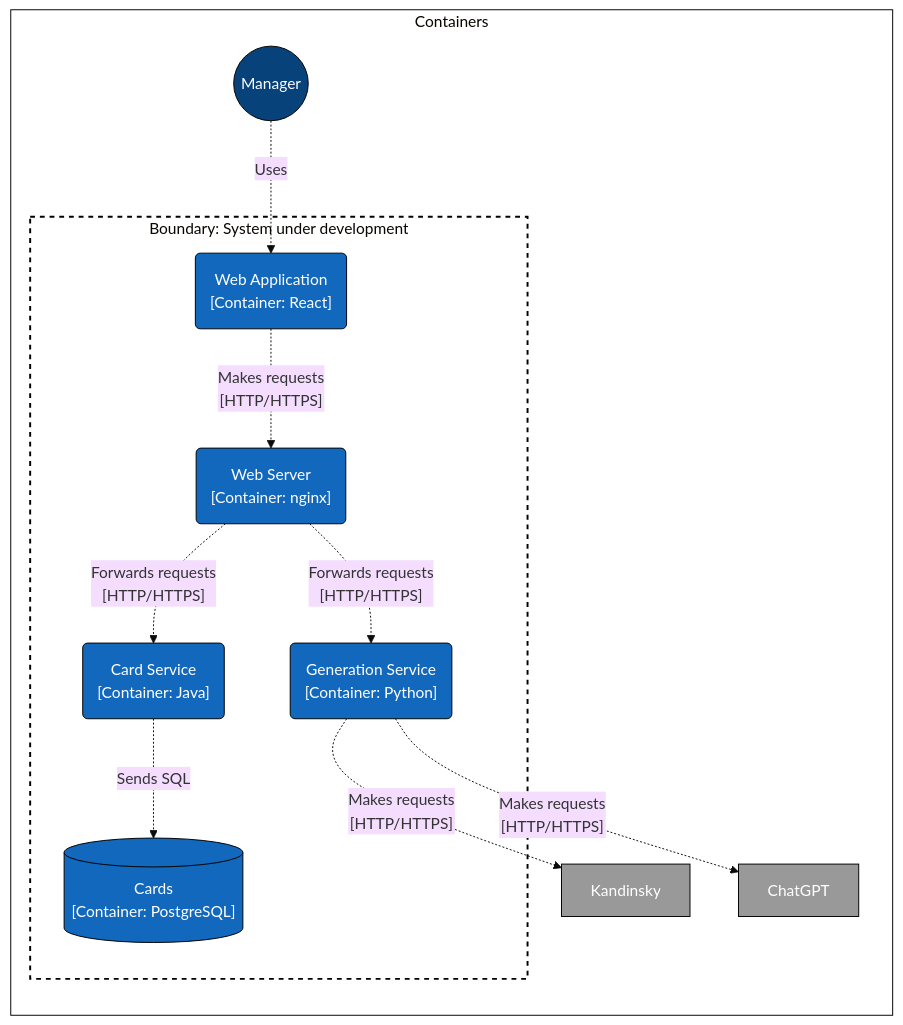
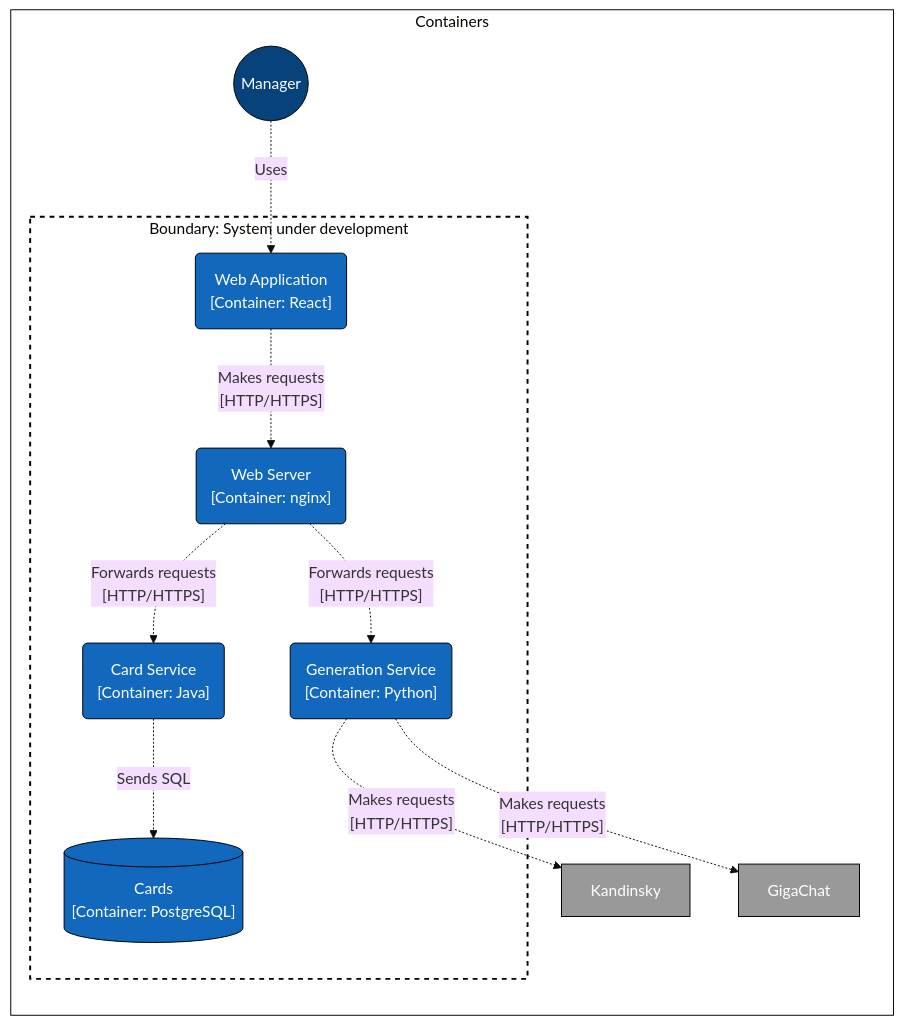
The diagram in README.md (ProductCardService/APIContract), drawn with Mermaid (base theme) before and after one commit.

````diff
--- a/README.md
+++ b/README.md
@@ -10,39 +10,39 @@
 ```mermaid
 graph LR
     %% C4 style classes c4model.com %%
     classDef person fill:#08427b,stroke:black,color:white;
     classDef container fill:#1168bd,stroke:black,color:white;
     classDef database fill:#1168bd,stroke:black,color:white;
     classDef software fill:#1168bd,stroke:black,color:white;
     classDef existing fill:#999999,stroke:black,color:white;
     classDef boundary fill:white,stroke:black,stroke-width:2px,stroke-dasharray: 5 5;
     classDef frame fill:white,stroke:black;
 
 
     %% nodes %%
     Person((Manager)):::person
     WebApp("Web Application<br>[Container: React]"):::container
     WebServer("Web Server<br>[Container: nginx]"):::container
     CardService("Card Service<br>[Container: Java]"):::container
     GenerationService("Generation Service<br>[Container: Python]"):::container
     CardsDB[("Cards<br>[Container: PostgreSQL]")]:::database
     ImageGenerationService["Kandinsky"]:::existing
-    TextGenerationService["ChatGPT"]:::existing
+    TextGenerationService["GigaChat"]:::existing
 
     %% connections and boundaries %%
     
     subgraph Legend [Containers]
         Person-.->|Uses| WebApp
         subgraph Boundary["Boundary: System under development"]
             WebApp-.->|"Makes requests <br> [HTTP/HTTPS]"| WebServer
             WebServer-.->|"Forwards requests <br> [HTTP/HTTPS]"| CardService
             WebServer-.->|"Forwards requests <br> [HTTP/HTTPS]"|GenerationService
             CardService-.->|"Sends SQL"|CardsDB
         end
         class Boundary boundary
         GenerationService-.->|"Makes requests <br> [HTTP/HTTPS]"| ImageGenerationService
         GenerationService-.->|"Makes requests <br> [HTTP/HTTPS]"| TextGenerationService
     end
     class Legend frame
 
 ```
````
